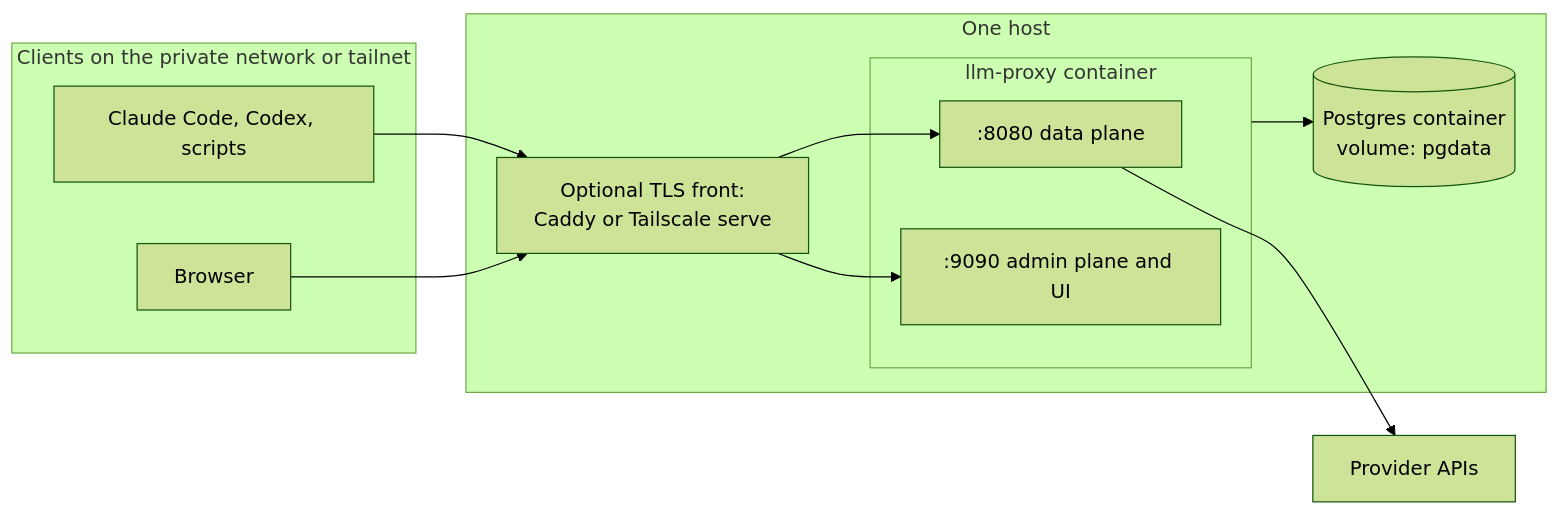
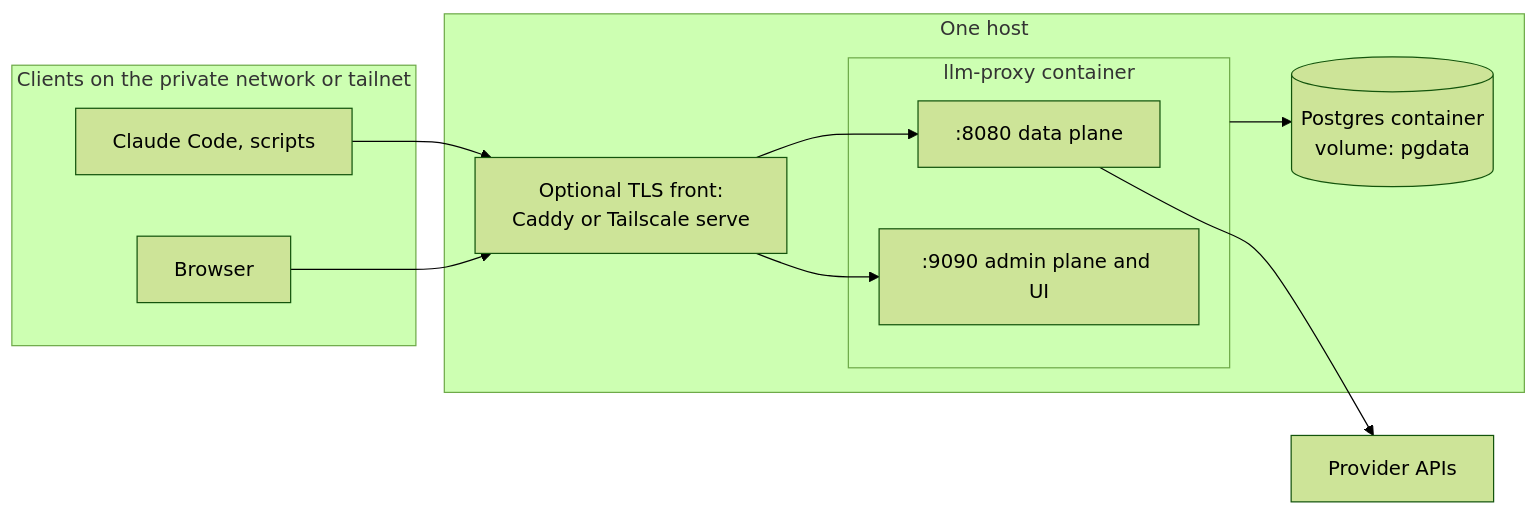
The diagram in docs/architecture/deployment.md (mtanzi/llm-proxy), drawn with Mermaid (forest theme) before and after one commit. The commit also changed other lines of this file and 5 other files, not shown here.

````diff
--- a/docs/architecture/deployment.md
+++ b/docs/architecture/deployment.md
@@ -23,21 +22,21 @@
 ```mermaid
 flowchart LR
     subgraph clients[Clients on the private network or tailnet]
-        cc[Claude Code, Codex, scripts]
+        cc[Claude Code, scripts]
         br[Browser]
     end
     subgraph host[One host]
         rp[Optional TLS front:<br/>Caddy or Tailscale serve]
         subgraph app[llm-proxy container]
             dp[":8080 data plane"]
             ap[":9090 admin plane and UI"]
         end
         pg[(Postgres container<br/>volume: pgdata)]
     end
     up[Provider APIs]
 
     cc --> rp --> dp
     br --> rp --> ap
     dp --> up
     app --> pg
 ```
````
